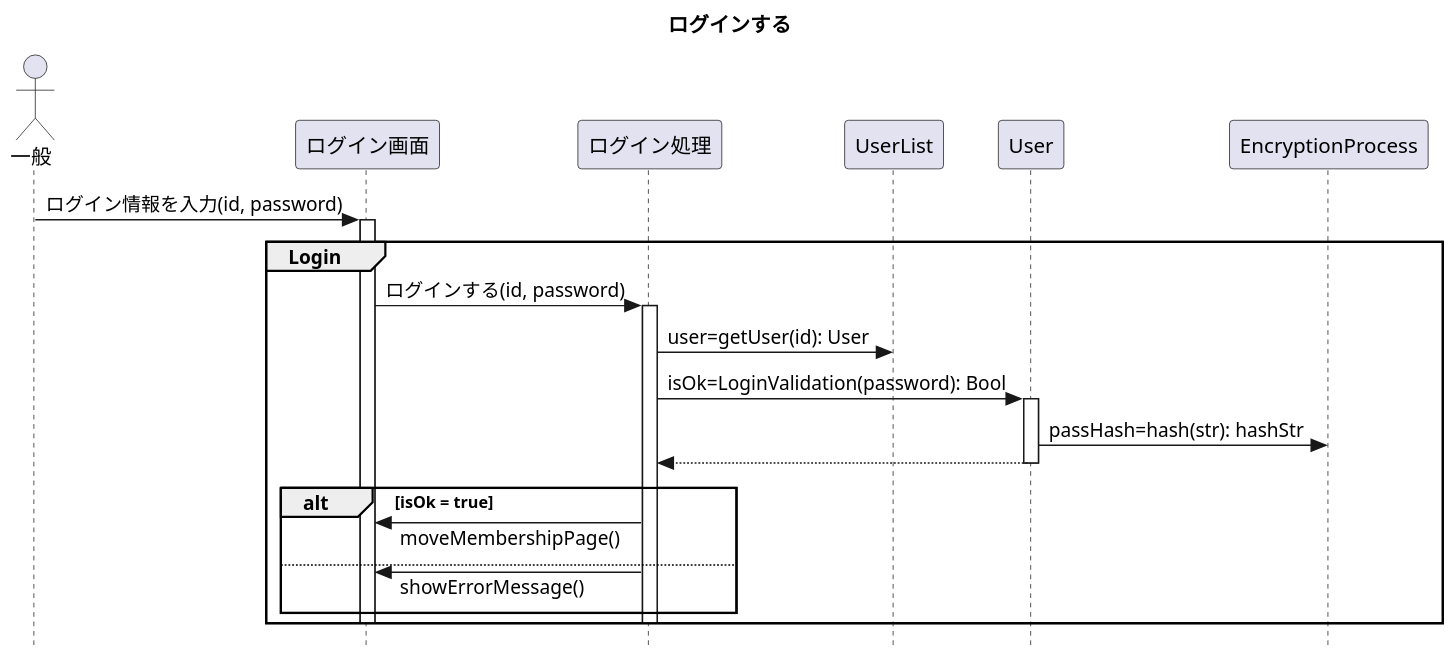
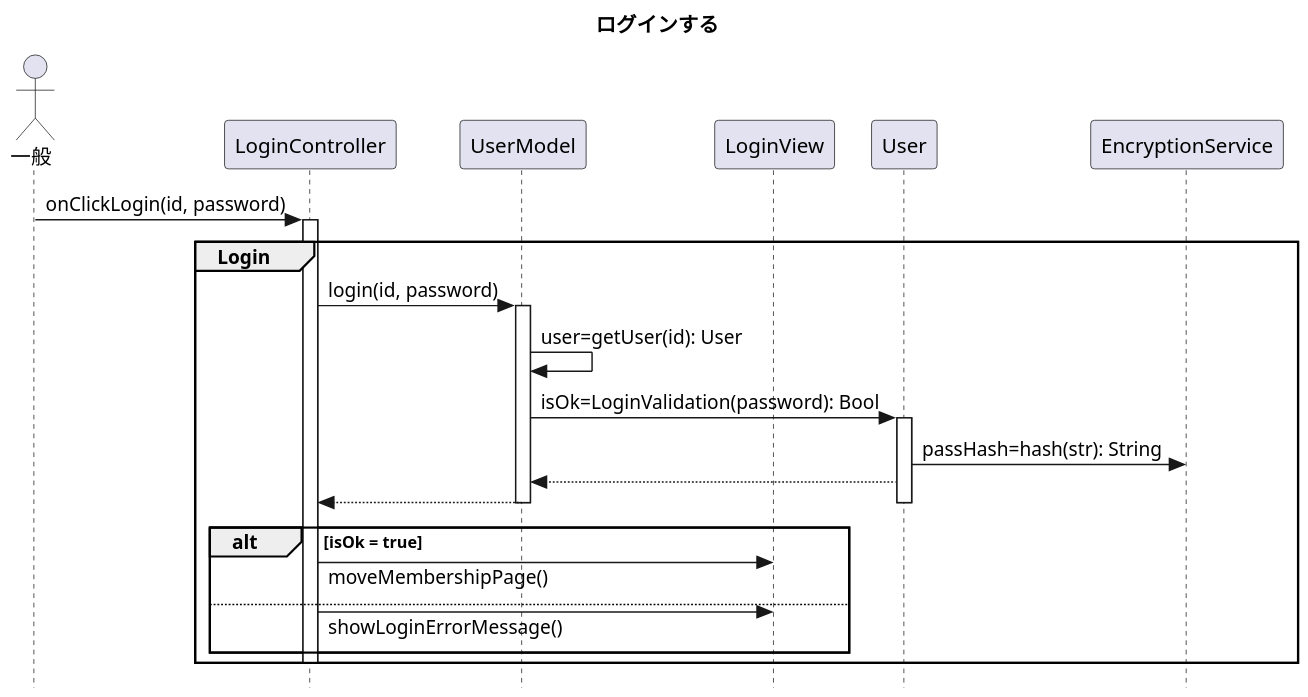
Before and after one commit to Romira915/AdvancedSoftwareEngineering3-Task: the second of 7 diagrams in sequence.pu, drawn with PlantUML. The commit also changed other lines of this file and 1 other file, not shown here.

```diff
--- a/sequence.pu
+++ b/sequence.pu
@@ -35,41 +37,41 @@
 @startuml ログインする
 
 title ログインする
 skinparam dpi 150
 skinparam responseMessageBelowArrow true
 skinparam style strictuml
 
 actor 一般 as user
-participant ログイン画面 as LoginDisplay
-participant ログイン処理 as LoginProcess
-participant UserList
+participant LoginController
+participant UserModel
+participant LoginView
 
-user -> LoginDisplay : ログイン情報を入力(id, password)
+user -> LoginController : onClickLogin(id, password)
 
 group Login
-    activate LoginDisplay
+    activate LoginController
+    LoginController -> UserModel : login(id, password)
 
-    LoginDisplay -> LoginProcess : ログインする(id, password)
-    activate LoginProcess 
+    activate UserModel 
+    UserModel -> UserModel : user=getUser(id): User
+    UserModel -> User : isOk=LoginValidation(password): Bool
 
-    LoginProcess -> UserList : user=getUser(id): User
-
-    LoginProcess -> User : isOk=LoginValidation(password): Bool
     activate User
-    User -> EncryptionProcess : passHash=hash(str): hashStr
-    LoginProcess <-- User : 
+    User -> EncryptionService : passHash=hash(str): String
+    UserModel <-- User
+    LoginController <-- UserModel
     deactivate User
 
-    deactivate UserList
+    deactivate UserModel
 
     alt isOk = true
-        LoginDisplay <- LoginProcess : moveMembershipPage()
+        LoginView <- LoginController : moveMembershipPage()
     else 
-        LoginDisplay <- LoginProcess : showErrorMessage()
+        LoginView <- LoginController : showLoginErrorMessage()
     end
 
-    deactivate LoginProcess
-    deactivate LoginDisplay
+    deactivate LoginController
+    deactivate LoginView
 end
 
 @enduml
```
